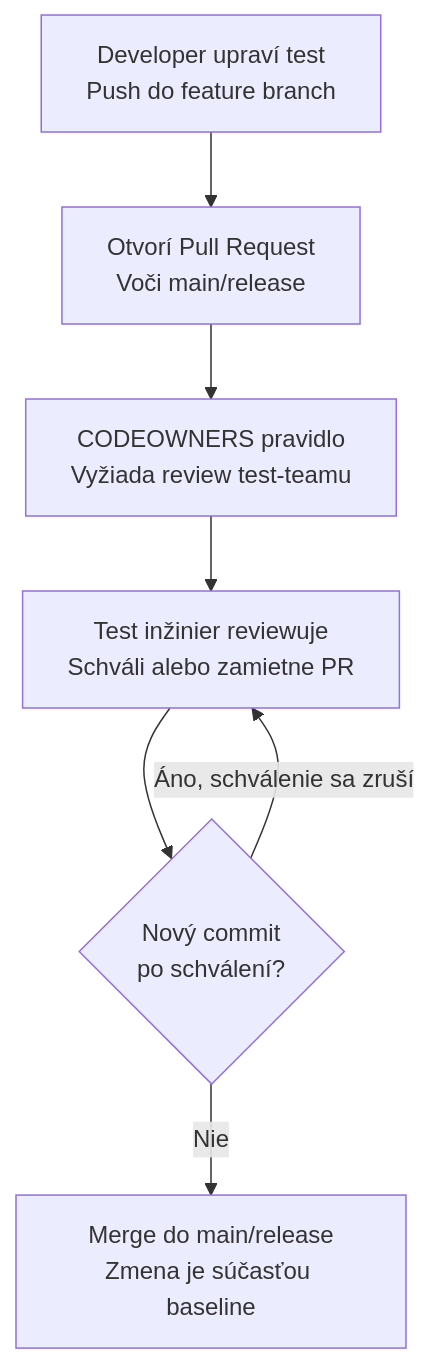
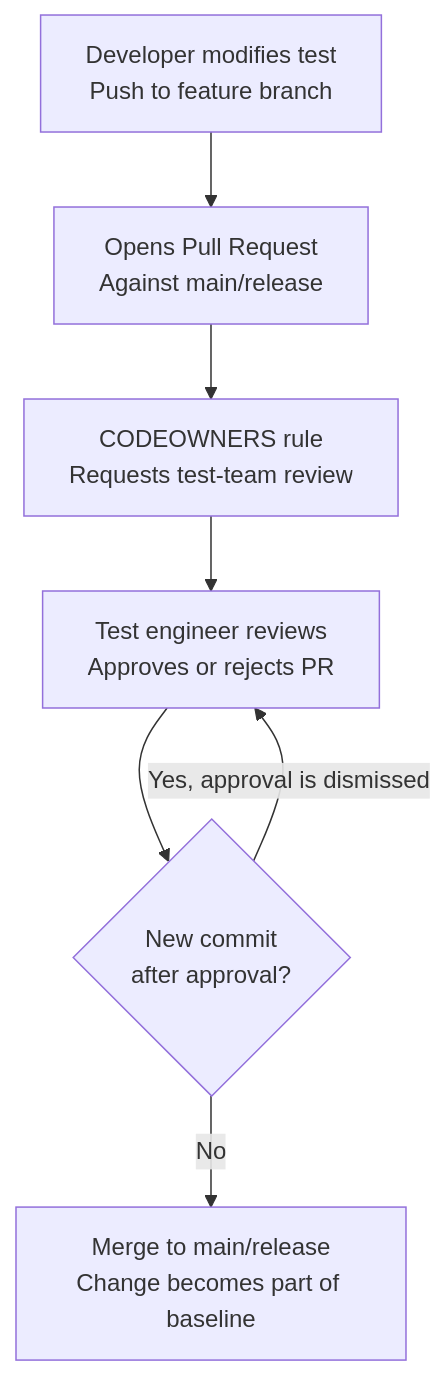
Before and after one commit to DutaDevLab/Robot-Framework-Test: the second of 2 diagrams in README.md, drawn with Mermaid. The commit also changed other lines of this file, not shown here.

````diff
--- a/README.md
+++ b/README.md
@@ -158,9 +158,9 @@
 ```mermaid
 flowchart TD
-    A[Developer upraví test<br/>Push do feature branch] --> B[Otvorí Pull Request<br/>Voči main/release]
-    B --> C[CODEOWNERS pravidlo<br/>Vyžiada review test-teamu]
-    C --> D[Test inžinier reviewuje<br/>Schváli alebo zamietne PR]
-    D --> E{Nový commit<br/>po schválení?}
-    E -- Áno, schválenie sa zruší --> D
-    E -- Nie --> F[Merge do main/release<br/>Zmena je súčasťou baseline]
+    A[Developer modifies test<br/>Push to feature branch] --> B[Opens Pull Request<br/>Against main/release]
+    B --> C[CODEOWNERS rule<br/>Requests test-team review]
+    C --> D[Test engineer reviews<br/>Approves or rejects PR]
+    D --> E{New commit<br/>after approval?}
+    E -- Yes, approval is dismissed --> D
+    E -- No --> F[Merge to main/release<br/>Change becomes part of baseline]
 ```
````
